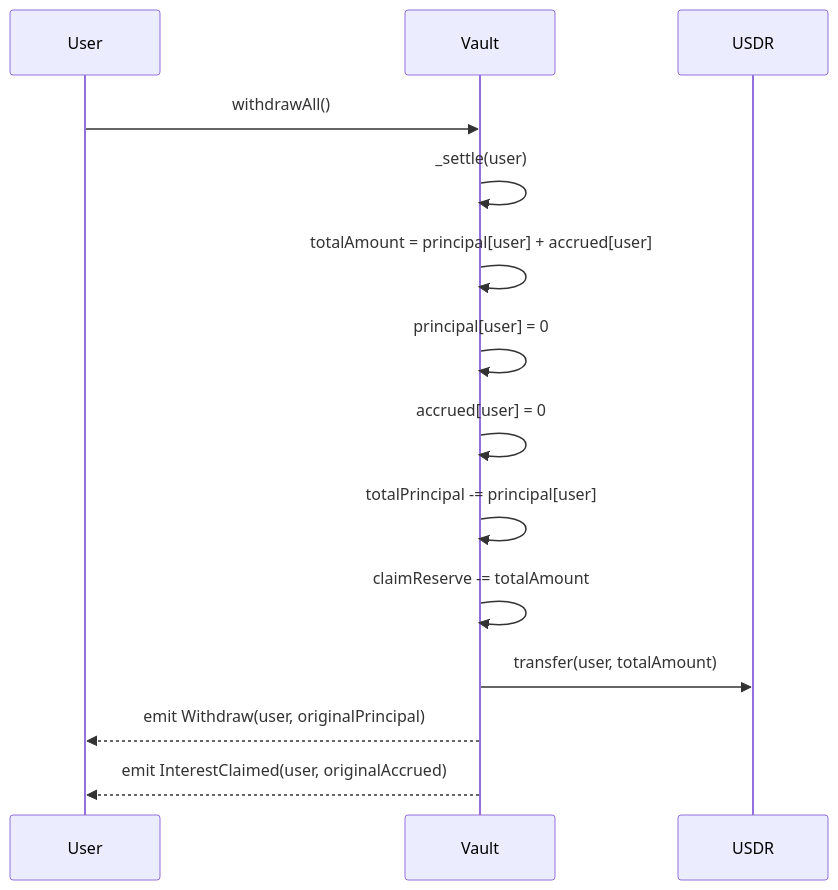
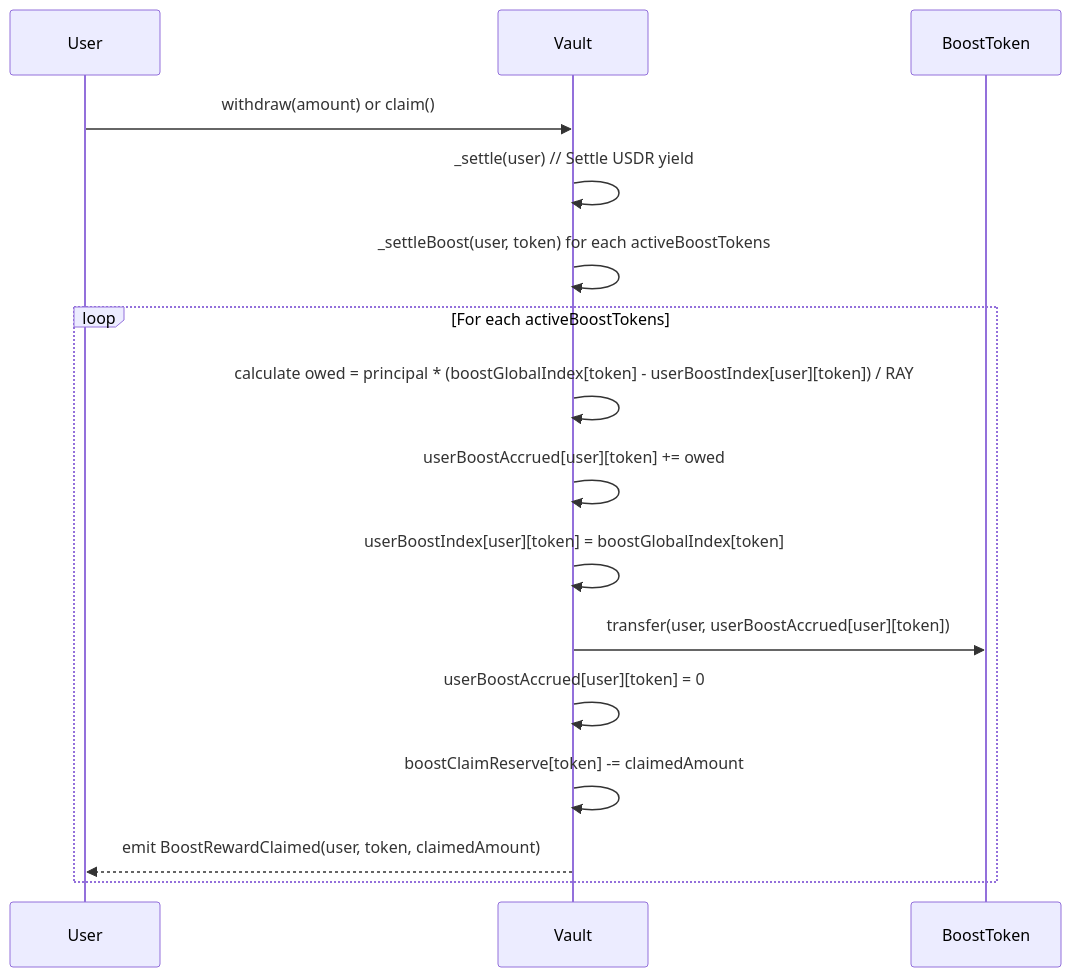
Before and after one commit to StartaleGroup/stablecoin-vault-contracts: the fifth of 6 diagrams in src/vaults/earn/earn-vault.md, drawn with Mermaid. The commit also changed other lines of this file and 6 other files, not shown here.

Commit message:
Boost rewards on earn vault

````diff
--- a/src/vaults/earn/earn-vault.md
+++ b/src/vaults/earn/earn-vault.md
@@ -133,18 +160,20 @@
 ```mermaid
 sequenceDiagram
     participant User
     participant Vault
-    participant USDR
+    participant BoostToken
     
-    User->>Vault: withdrawAll()
-    Vault->>Vault: _settle(user)
-    Vault->>Vault: totalAmount = principal[user] + accrued[user]
+    User->>Vault: withdraw(amount) or claim()
+    Vault->>Vault: _settle(user) // Settle USDR yield
+    Vault->>Vault: _settleBoost(user, token) for each activeBoostTokens
     
-    Vault->>Vault: principal[user] = 0
-    Vault->>Vault: accrued[user] = 0
-    Vault->>Vault: totalPrincipal -= principal[user]
-    Vault->>Vault: claimReserve -= totalAmount
-    Vault->>USDR: transfer(user, totalAmount)
-    Vault-->>User: emit Withdraw(user, originalPrincipal)
-    Vault-->>User: emit InterestClaimed(user, originalAccrued)
+    loop For each activeBoostTokens
+        Vault->>Vault: calculate owed = principal * (boostGlobalIndex[token] - userBoostIndex[user][token]) / RAY
+        Vault->>Vault: userBoostAccrued[user][token] += owed
+        Vault->>Vault: userBoostIndex[user][token] = boostGlobalIndex[token]
+        Vault->>BoostToken: transfer(user, userBoostAccrued[user][token])
+        Vault->>Vault: userBoostAccrued[user][token] = 0
+        Vault->>Vault: boostClaimReserve[token] -= claimedAmount
+        Vault-->>User: emit BoostRewardClaimed(user, token, claimedAmount)
+    end
 ```
````
